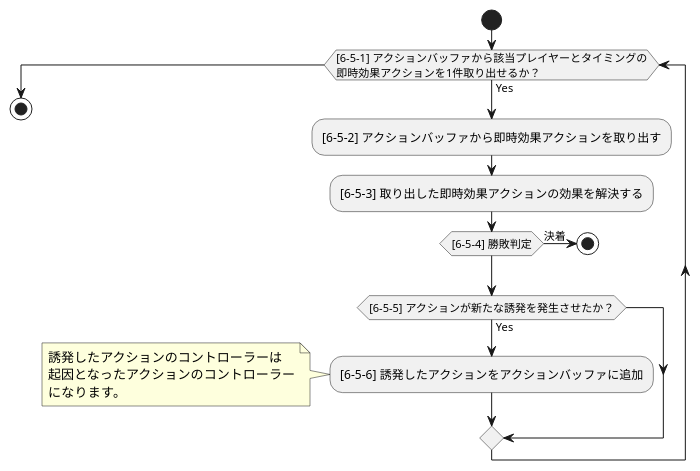
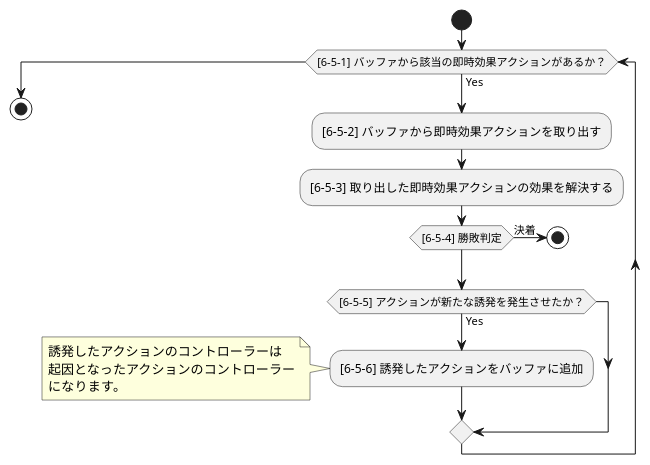
Before and after one commit to BlackPoker/BlackPoker: the diagram in source/core/triggerflow_s.puml, drawn with PlantUML. The commit also changed 2 other files, not shown here.

```diff
--- a/source/core/triggerflow_s.puml
+++ b/source/core/triggerflow_s.puml
@@ -1,24 +1,23 @@
 @startuml
 '==============================
 '【即時効果：アクション毎に処理】
 '==============================
 
-|即時効果: アクション毎に処理|
 start
-while ([6-5-1] アクションバッファから該当プレイヤーとタイミングの\n即時効果アクションを1件取り出せるか？) is (Yes)
-  :[6-5-2] アクションバッファから即時効果アクションを取り出す;
+while ([6-5-1] バッファから該当の即時効果アクションがあるか？) is (Yes)
+  :[6-5-2] バッファから即時効果アクションを取り出す;
   :[6-5-3] 取り出した即時効果アクションの効果を解決する;
   if ([6-5-4] 勝敗判定) then (決着)
     stop
   endif
   if ([6-5-5] アクションが新たな誘発を発生させたか？) then (Yes)
-    :[6-5-6] 誘発したアクションをアクションバッファに追加;
+    :[6-5-6] 誘発したアクションをバッファに追加;
     note left
       誘発したアクションのコントローラーは
       起因となったアクションのコントローラー
       になります。
     end note
   endif
 endwhile
 stop
 @enduml
```
